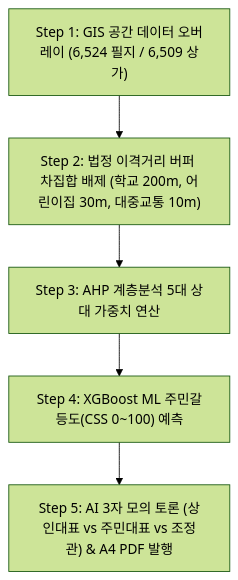
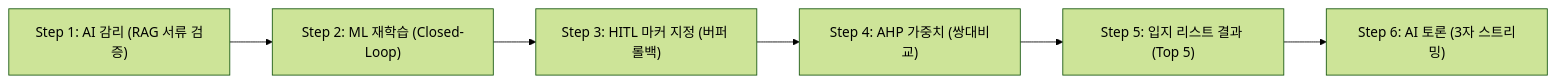
One commit to Jonghyeon-Bae/OmniSite changed the diagram in 결과보고/OmniSite_최종시연발표_시나리오_및_발표대본.md. Above: the diagram before and after it, drawn with Mermaid (forest theme). The commit also changed other lines of this file and 30 other files, not shown here.

````diff
--- a/결과보고/OmniSite_최종시연발표_시나리오_및_발표대본.md
+++ b/결과보고/OmniSite_최종시연발표_시나리오_및_발표대본.md
@@ -38,7 +38,8 @@
 ```mermaid
-graph TD
-    A["Step 1: GIS 공간 데이터 오버레이 (6,524 필지 / 6,509 상가)"] --> B["Step 2: 법정 이격거리 버퍼 차집합 배제 (학교 200m, 어린이집 30m, 대중교통 10m)"]
-    B --> C["Step 3: AHP 계층분석 5대 상대 가중치 연산"]
-    C --> D["Step 4: XGBoost ML 주민갈등도(CSS 0~100) 예측"]
-    D --> E["Step 5: AI 3자 모의 토론 (상인대표 vs 주민대표 vs 조정관) & A4 PDF 발행"]
+graph LR
+    A["Step 1: AI 감리 (RAG 서류 검증)"] --> B["Step 2: ML 재학습 (Closed-Loop)"]
+    B --> C["Step 3: HITL 마커 지정 (버퍼 롤백)"]
+    C --> D["Step 4: AHP 가중치 (쌍대비교)"]
+    D --> E["Step 5: 입지 리스트 결과 (Top 5)"]
+    E --> F["Step 6: AI 토론 (3자 스트리밍)"]
 ```
````
